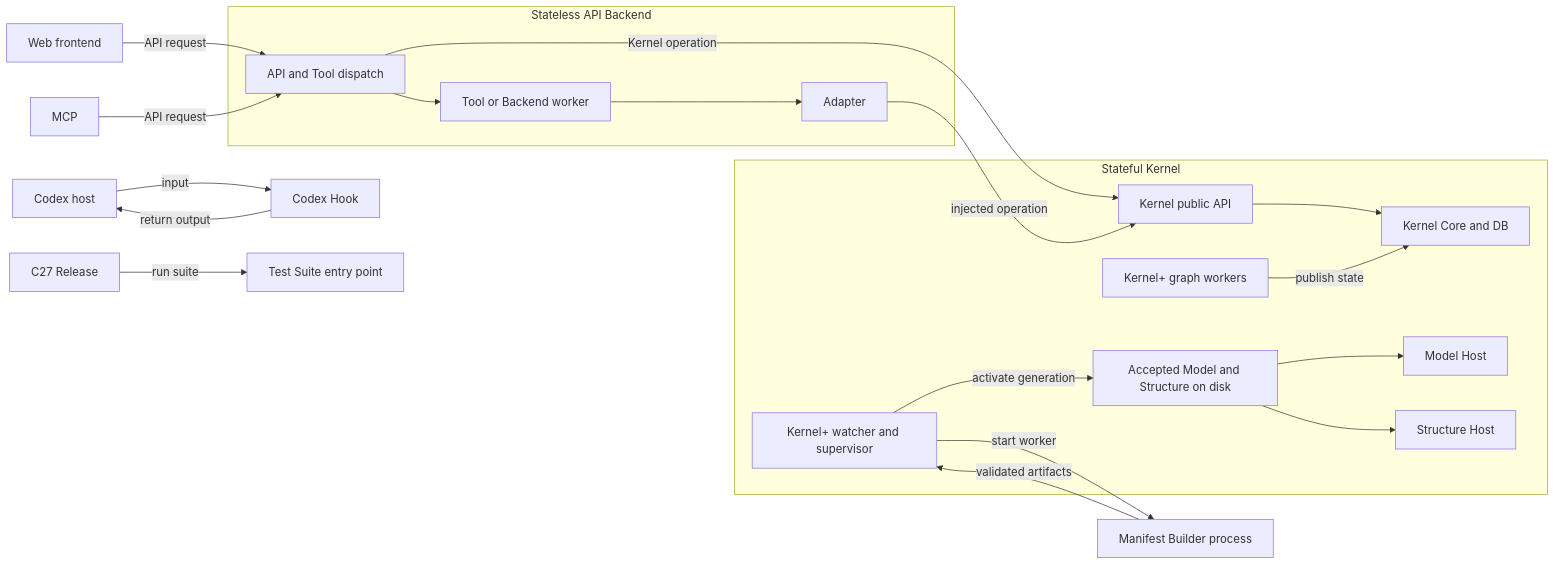
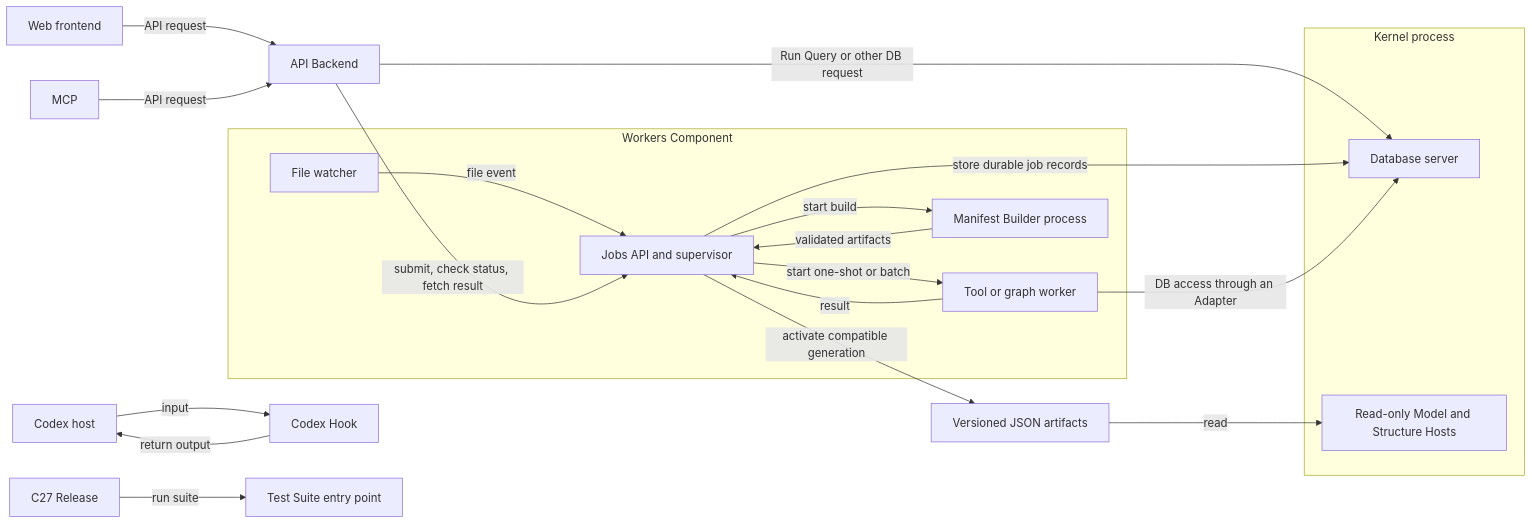
The first of 2 diagrams in _anechoic_anechoic/__TKT/TASKS/AN-T-2944-EPIC--define-and-apply-component-import-boundaries.md (anatoly-m-maslennikov/anechoic-graph-sdd-framework), drawn with Mermaid before and after one commit. The commit also changed other lines of this file and 2 other files, not shown here.

Commit message:
docs: separate query and worker runtime boundaries

````diff
--- a/_anechoic_anechoic/__TKT/TASKS/AN-T-2944-EPIC--define-and-apply-component-import-boundaries.md
+++ b/_anechoic_anechoic/__TKT/TASKS/AN-T-2944-EPIC--define-and-apply-component-import-boundaries.md
@@ -54,28 +53,28 @@
 ```mermaid
 flowchart LR
-    WEB["Web frontend"] -->|API request| API
+    WEB["Web frontend"] -->|API request| API["API Backend"]
     MCP["MCP"] -->|API request| API
     HOST["Codex host"] -->|input| HOOK["Codex Hook"]
     HOOK -->|return output| HOST
 
-    subgraph BACKEND["Stateless API Backend"]
-        API["API and Tool dispatch"] --> TOOL["Tool or Backend worker"]
-        TOOL --> ADAPTER["Adapter"]
+    subgraph WORKERS["Workers Component"]
+        WATCH["File watcher"] -->|file event| JOBS["Jobs API and supervisor"]
+        JOBS -->|start one-shot or batch| TASK["Tool or graph worker"]
+        JOBS -->|start build| BUILD["Manifest Builder process"]
+        TASK -->|result| JOBS
+        BUILD -->|validated artifacts| JOBS
     end
 
-    subgraph KERNEL["Stateful Kernel"]
-        KAPI["Kernel public API"] --> CORE["Kernel Core and DB"]
-        GRAPH["Kernel+ graph workers"] -->|publish state| CORE
-        WATCH["Kernel+ watcher and supervisor"]
-        ART["Accepted Model and Structure on disk"]
-        WATCH -->|activate generation| ART
-        ART --> MODEL["Model Host"]
-        ART --> STRUCTURE["Structure Host"]
+    subgraph KERNEL["Kernel process"]
+        DB["Database server"]
+        READERS["Read-only Model and Structure Hosts"]
     end
 
-    API -->|Kernel operation| KAPI
-    ADAPTER -->|injected operation| KAPI
-    WATCH -->|start worker| BUILD["Manifest Builder process"]
-    BUILD -->|validated artifacts| WATCH
+    API -->|submit, check status, fetch result| JOBS
+    API -->|Run Query or other DB request| DB
+    JOBS -->|store durable job records| DB
+    TASK -->|DB access through an Adapter| DB
+    JOBS -->|activate compatible generation| ART["Versioned JSON artifacts"]
+    ART -->|read| READERS
     RELEASE["C27 Release"] -->|run suite| SUITE["Test Suite entry point"]
 ```
````
